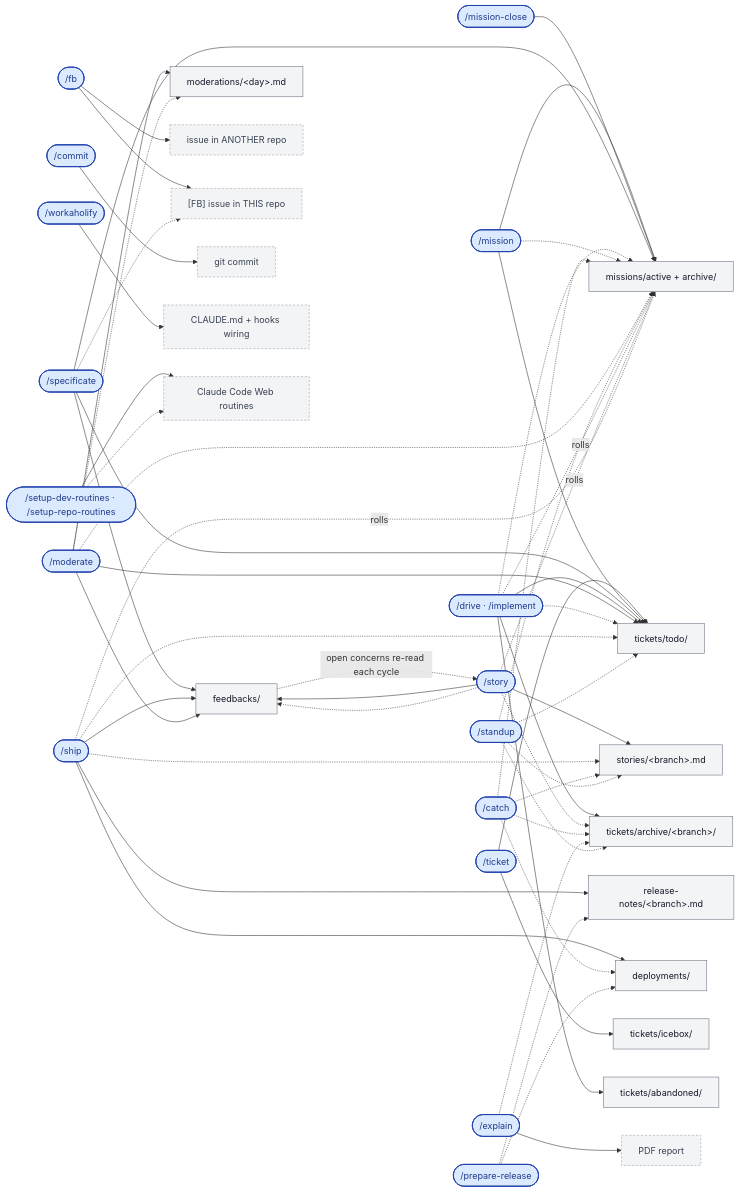
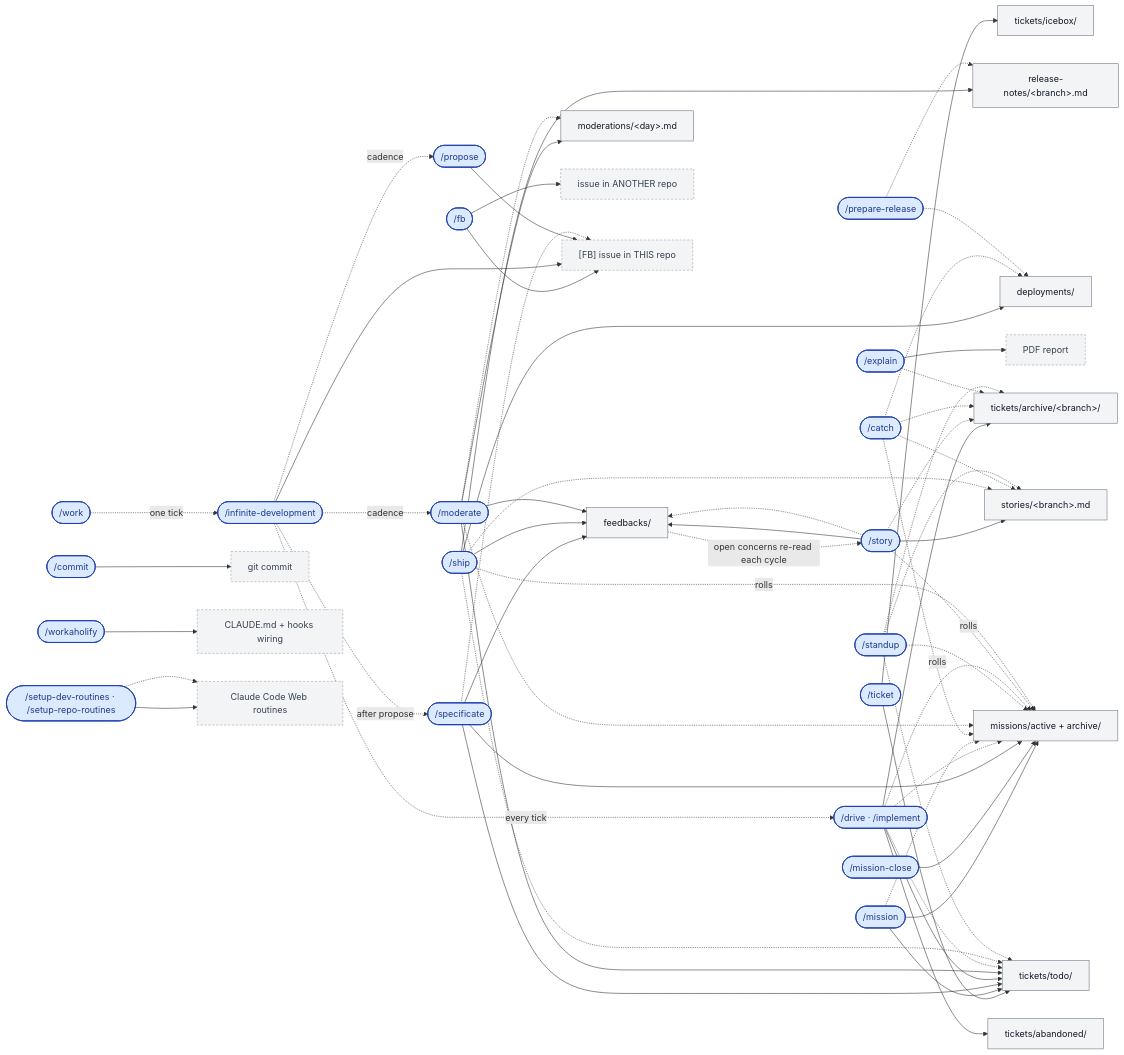
One commit to qmu/workaholic changed the fourth of 5 diagrams in README.md. Above: the diagram before and after it, drawn with Mermaid. The commit also changed other lines of this file and 11 other files, not shown here.

````diff
--- a/README.md
+++ b/README.md
@@ -324,6 +343,9 @@
   releasestatus(["/prepare-release"])
   standup(["/standup"])
   moderate(["/moderate"])
+  work(["/work"])
+  tick(["/infinite-development"])
+  propose(["/propose"])
 
   %% ---------- artifacts under .workaholic/ (grey) ----------
   TODO["tickets/todo/"]
@@ -350,6 +372,8 @@
   ticket --> ICE
   feedback --> EXT
   feedback --> OWN
+  tick --> OWN
+  propose --> OWN
   mission --> MIS
   mission --> TODO
   missionclose --> MIS
@@ -396,6 +420,13 @@
   standup -.-> MIS
   standup -.-> STORY
 
+  %% ========== orchestration: the explicit command-to-command exception ==========
+  work -. one tick .-> tick
+  tick -. every tick .-> drive
+  tick -. cadence .-> propose
+  tick -. after propose .-> specificate
+  tick -. cadence .-> moderate
+
   %% ========== mission rolls: dashed, labelled ==========
   drive -. rolls .-> MIS
   report -. rolls .-> MIS
@@ -408,7 +439,7 @@
   classDef cmd fill:#dbeafe,stroke:#1e40af,stroke-width:1.5px,color:#1e3a8a;
   classDef art fill:#f3f4f6,stroke:#6b7280,color:#111827;
   classDef ext fill:#f3f4f6,stroke:#9aa0aa,stroke-dasharray:4 3,color:#374151;
-  class ticket,mission,missionclose,specificate,feedback,drive,report,ship,releasestatus,standup,moderate,catch,commit,explain,workaholify,setuproutines cmd;
+  class ticket,mission,missionclose,specificate,feedback,drive,report,ship,releasestatus,standup,moderate,catch,commit,explain,workaholify,setuproutines,work,tick,propose cmd;
   class TODO,ICE,ARCH,ABD,MIS,STORY,FBK,REL,DEP,HK art;
   class EXT,OWN,PDF,WT,CFG,ROUT ext;
 ```
````
